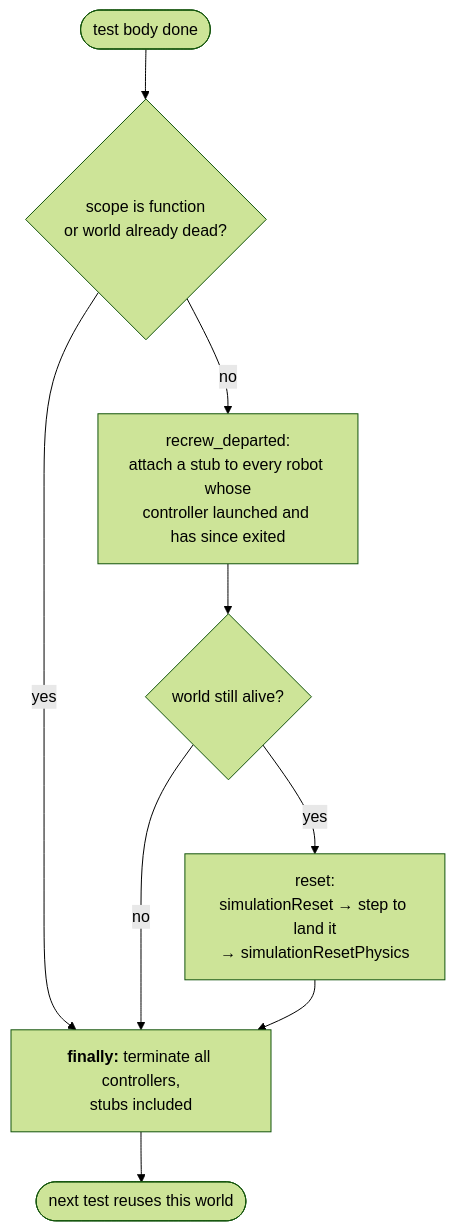
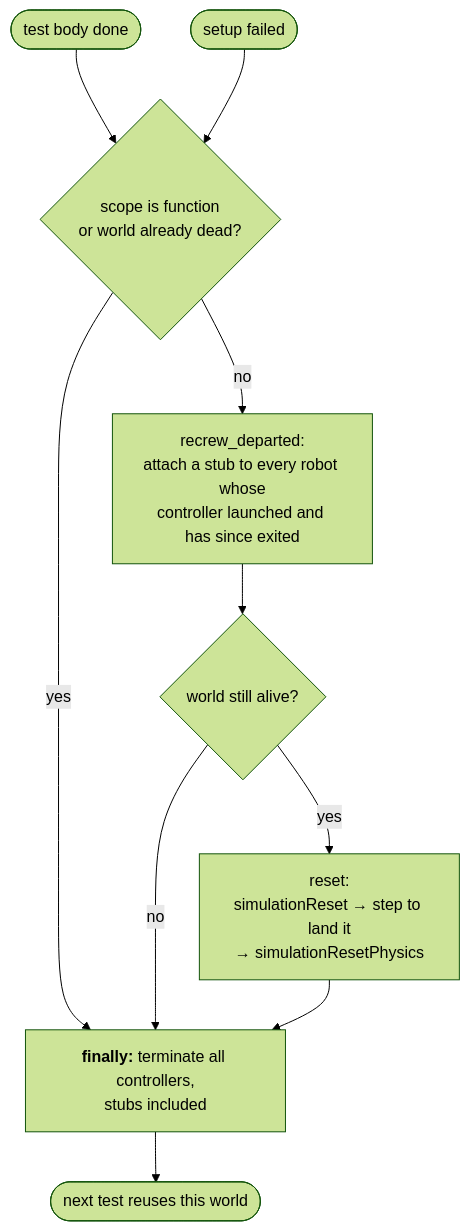
Before and after one commit to tuppl/pytest-webots: the fifth of 7 diagrams in docs/DESIGN.md, drawn with Mermaid (forest theme). The commit also changed other lines of this file and 4 other files, not shown here.

````diff
--- a/docs/DESIGN.md
+++ b/docs/DESIGN.md
@@ -143,11 +147,12 @@
 ```mermaid
 flowchart TD
-    A(["test body done"]) --> B{"scope is function<br/>or world already dead?"}
+    A(["test body done"]) --> B
+    A2(["setup failed"]) --> B{"scope is function<br/>or world already dead?"}
     B -->|yes| T
     B -->|no| C["recrew_departed:<br/>attach a stub to every robot whose<br/>controller launched and has since exited"]
     C --> D{"world still alive?"}
     D -->|no| T
     D -->|yes| E["reset:<br/>simulationReset → step to land it<br/>→ simulationResetPhysics"]
     E --> T["<b>finally:</b> terminate all controllers,<br/>stubs included"]
     T --> F(["next test reuses this world"])
 ```
````
